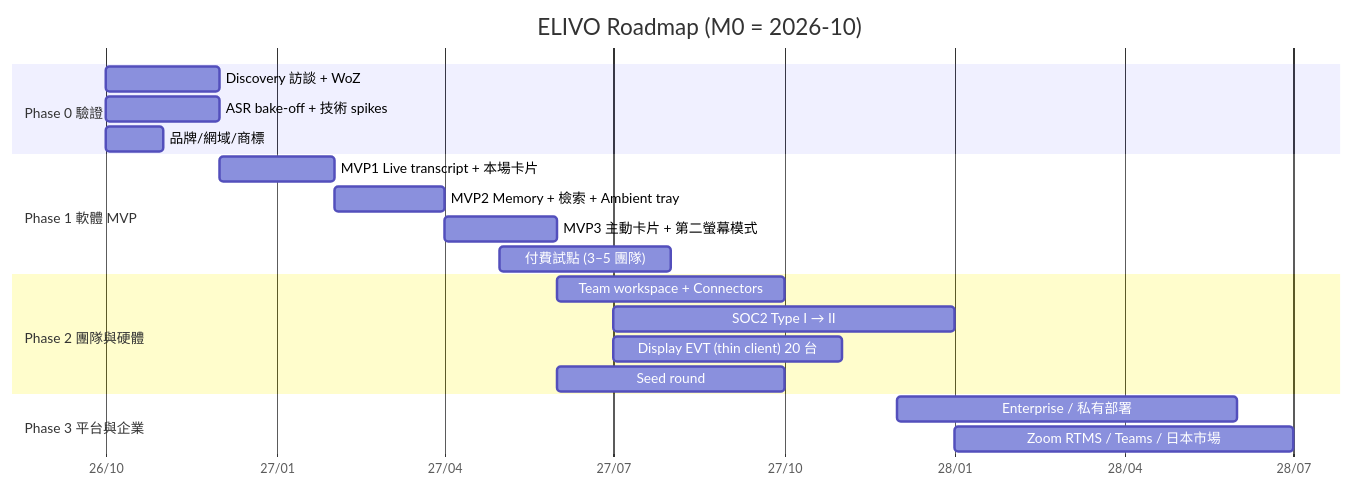
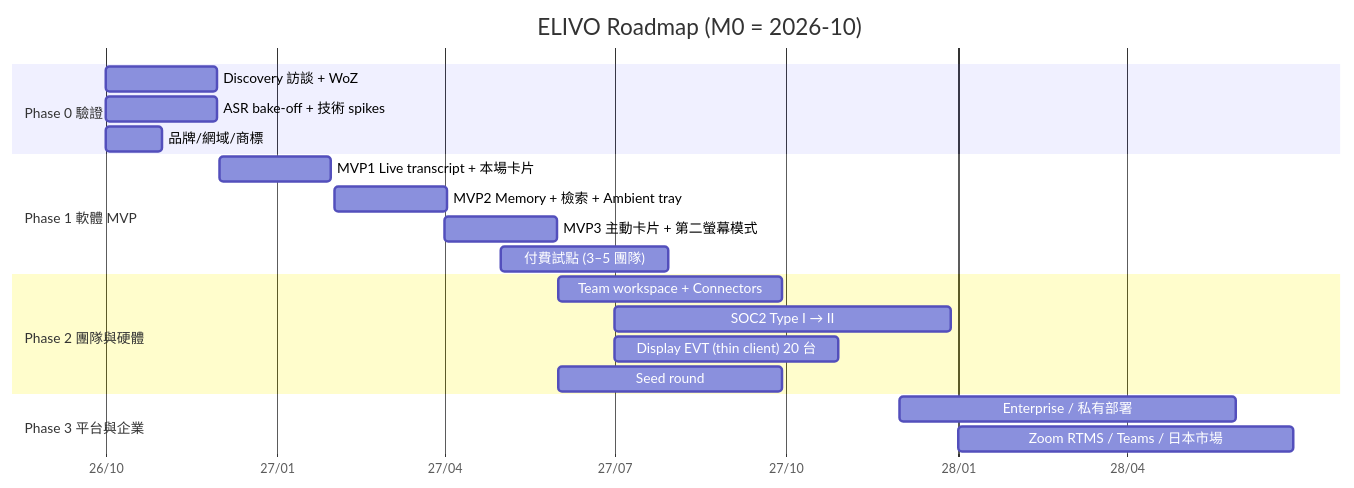
The diagram in docs/02-project-plan.md (wutiger555/ELIVO), drawn with Mermaid before and after one commit. The commit also changed 12 other files, not shown here.

````diff
--- a/docs/02-project-plan.md
+++ b/docs/02-project-plan.md
@@ -72,23 +72,23 @@
 ```mermaid
 gantt
   title ELIVO Roadmap (M0 = 2026-10)
-  dateFormat YYYY-MM
+  dateFormat YYYY-MM-DD
   axisFormat %y/%m
   section Phase 0 驗證
-  Discovery 訪談 + WoZ            :p0a, 2026-10, 2M
-  ASR bake-off + 技術 spikes       :p0b, 2026-10, 2M
-  品牌/網域/商標                   :p0c, 2026-10, 1M
+  Discovery 訪談 + WoZ            :p0a, 2026-10-01, 60d
+  ASR bake-off + 技術 spikes       :p0b, 2026-10-01, 60d
+  品牌/網域/商標                   :p0c, 2026-10-01, 30d
   section Phase 1 軟體 MVP
-  MVP1 Live transcript + 本場卡片  :m1, 2026-12, 2M
-  MVP2 Memory + 檢索 + Ambient tray :m2, 2027-02, 2M
-  MVP3 主動卡片 + 第二螢幕模式      :m3, 2027-04, 2M
-  付費試點 (3–5 團隊)              :pilot, 2027-05, 3M
+  MVP1 Live transcript + 本場卡片  :m1, 2026-12-01, 60d
+  MVP2 Memory + 檢索 + Ambient tray :m2, 2027-02-01, 60d
+  MVP3 主動卡片 + 第二螢幕模式      :m3, 2027-04-01, 60d
+  付費試點 (3–5 團隊)              :pilot, 2027-05-01, 90d
   section Phase 2 團隊與硬體
-  Team workspace + Connectors       :t1, 2027-06, 4M
-  SOC2 Type I → II                  :t2, 2027-07, 6M
-  Display EVT (thin client) 20 台   :hw1, 2027-07, 4M
-  Seed round                        :seed, 2027-06, 4M
+  Team workspace + Connectors       :t1, 2027-06-01, 120d
+  SOC2 Type I → II                  :t2, 2027-07-01, 180d
+  Display EVT (thin client) 20 台   :hw1, 2027-07-01, 120d
+  Seed round                        :seed, 2027-06-01, 120d
   section Phase 3 平台與企業
-  Enterprise / 私有部署             :e1, 2027-12, 6M
-  Zoom RTMS / Teams / 日本市場       :e2, 2028-01, 6M
+  Enterprise / 私有部署             :e1, 2027-12-01, 180d
+  Zoom RTMS / Teams / 日本市場       :e2, 2028-01-01, 180d
 ```
````
